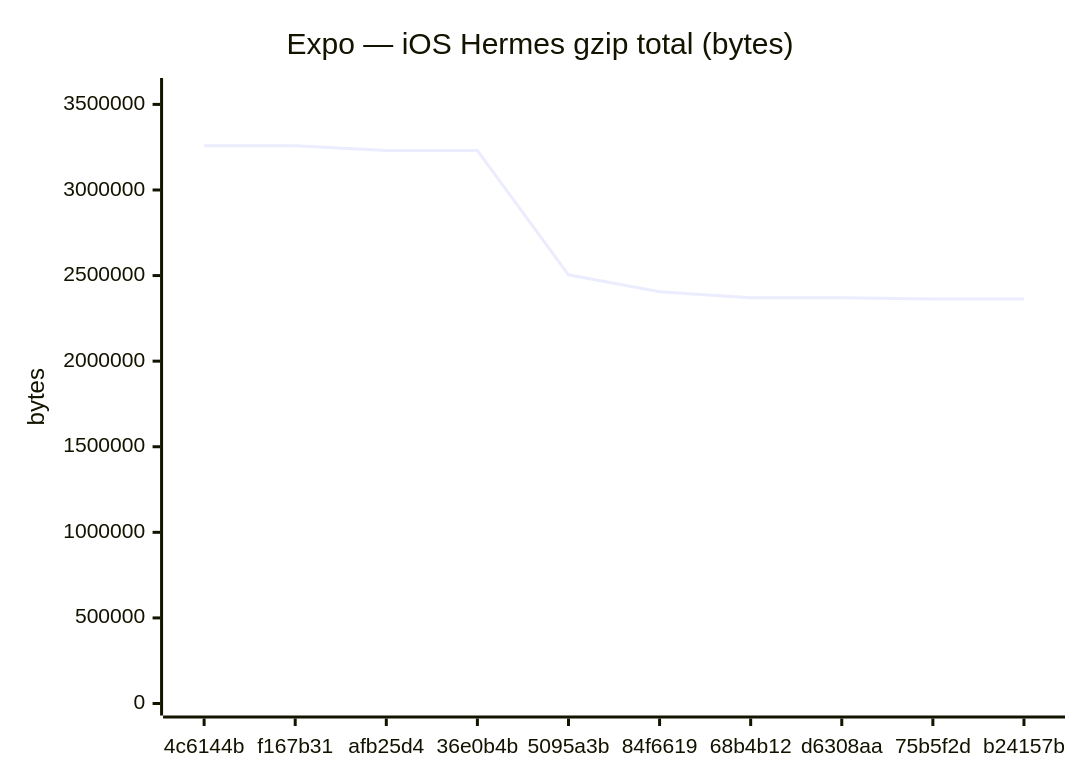
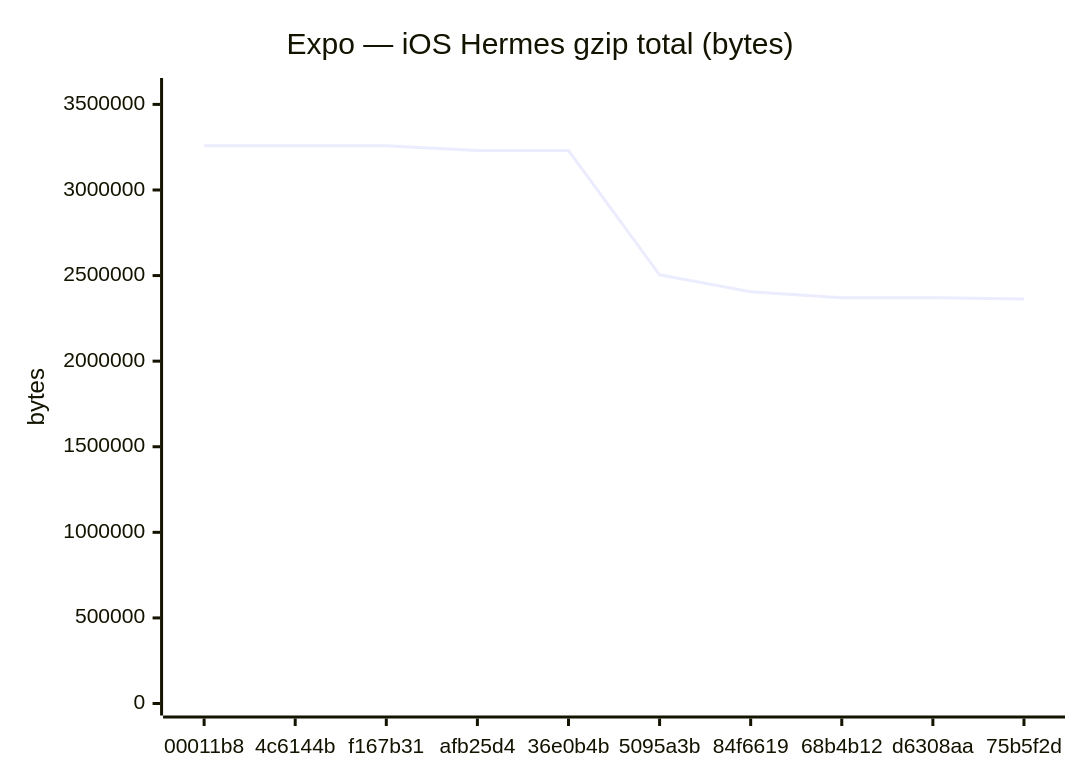
One commit to Metaheurist/Rianell changed the sixth of 18 diagrams in benchmarks/compare.md. Above: the diagram before and after it, drawn with Mermaid. The commit also changed other lines of this file and 11 other files, not shown here.

````diff
--- a/benchmarks/compare.md
+++ b/benchmarks/compare.md
@@ -96,7 +96,7 @@
 ```mermaid
 xychart-beta
     title "Expo — iOS Hermes gzip total (bytes)"
-    x-axis ["4c6144b", "f167b31", "afb25d4", "36e0b4b", "5095a3b", "84f6619", "68b4b12", "d6308aa", "75b5f2d", "b24157b"]
-    y-axis "bytes" 0 --> 3584101
-    line [3258273, 3258270, 3230867, 3230712, 2504401, 2405024, 2370491, 2370493, 2363429, 2363431]
+    x-axis ["00011b8", "4c6144b", "f167b31", "afb25d4", "36e0b4b", "5095a3b", "84f6619", "68b4b12", "d6308aa", "75b5f2d"]
+    y-axis "bytes" 0 --> 3584104
+    line [3258276, 3258273, 3258270, 3230867, 3230712, 2504401, 2405024, 2370491, 2370493, 2363429]
 ```
````
